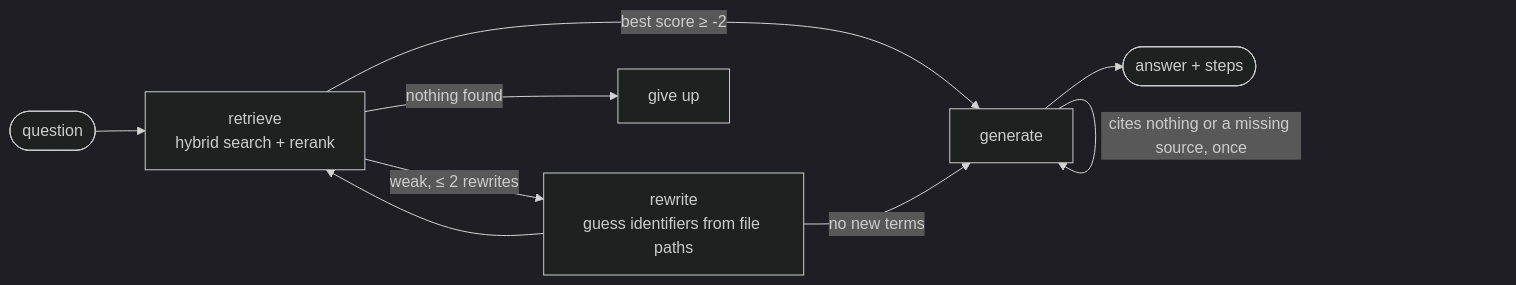
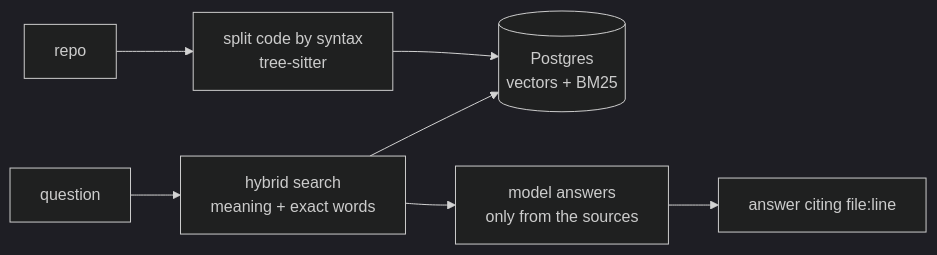
The diagram in README.md (Hajianrod97/docgen), drawn with Mermaid (dark theme) before and after one commit. The commit also changed other lines of this file and 31 other files, not shown here.

````diff
--- a/README.md
+++ b/README.md
@@ -178,11 +13,6 @@
 ```mermaid
 flowchart LR
-    S([question]) --> R[retrieve<br/>hybrid search + rerank]
-    R -->|best score ≥ -2| G[generate]
-    R -->|weak, ≤ 2 rewrites| W[rewrite<br/>guess identifiers from file paths]
-    W --> R
-    W -->|no new terms| G
-    R -->|nothing found| X[give up]
-    G -->|cites nothing or a missing source, once| G
-    G --> E([answer + steps])
+    R[repo] --> C[split code by syntax<br/>tree-sitter] --> DB[(Postgres<br/>vectors + BM25)]
+    Q[question] --> S[hybrid search<br/>meaning + exact words] --> DB
+    S --> A[model answers<br/>only from the sources] --> ANS[answer citing file:line]
 ```
````
